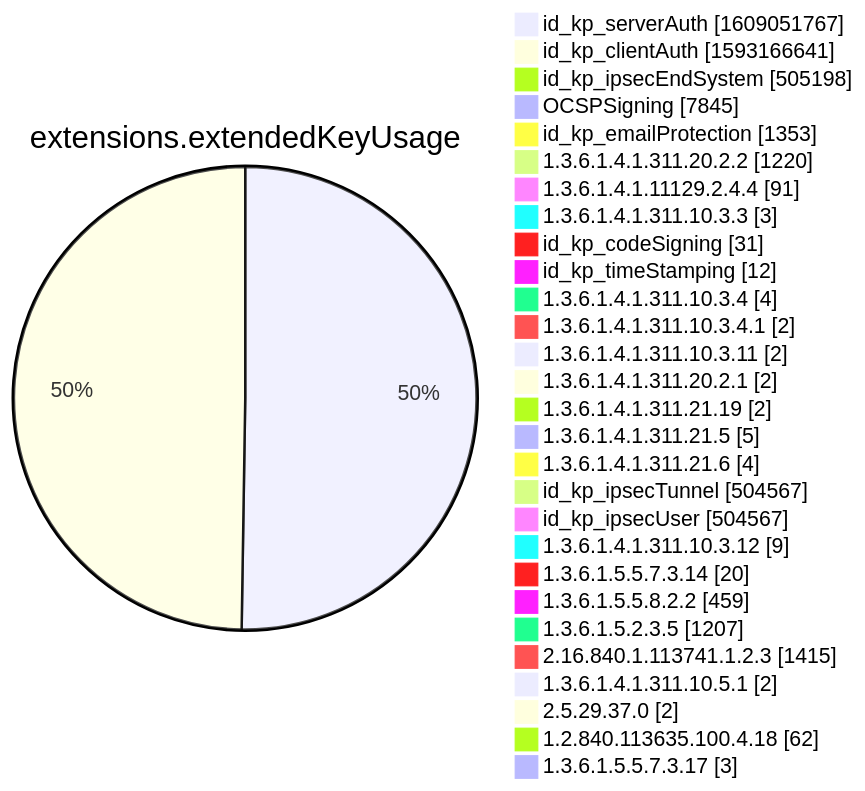
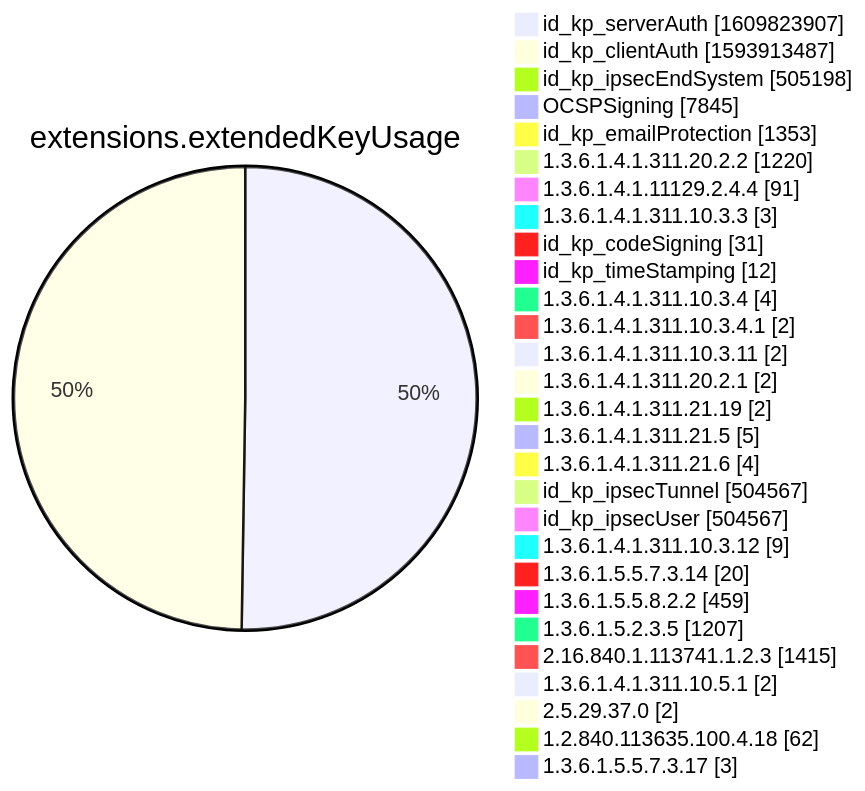
Before and after one commit to christiankrug/ctmonitor_visualization: diagram 12 of 15 in xenon2022/README.md, drawn with Mermaid. The commit also changed other lines of this file, not shown here.

````diff
--- a/xenon2022/README.md
+++ b/xenon2022/README.md
@@ -3885,32 +3885,32 @@
 ```mermaid
 pie showData
 title extensions.extendedKeyUsage
-"id_kp_serverAuth" :1609051767
-"id_kp_clientAuth" :1593166641
+"id_kp_serverAuth" :1609823907
+"id_kp_clientAuth" :1593913487
 "id_kp_ipsecEndSystem" :505198
 "OCSPSigning" :7845
 "id_kp_emailProtection" :1353
 "1.3.6.1.4.1.311.20.2.2" :1220
 "1.3.6.1.4.1.11129.2.4.4" :91
 "1.3.6.1.4.1.311.10.3.3" :3
 "id_kp_codeSigning" :31
 "id_kp_timeStamping" :12
 "1.3.6.1.4.1.311.10.3.4" :4
 "1.3.6.1.4.1.311.10.3.4.1" :2
 "1.3.6.1.4.1.311.10.3.11" :2
 "1.3.6.1.4.1.311.20.2.1" :2
 "1.3.6.1.4.1.311.21.19" :2
 "1.3.6.1.4.1.311.21.5" :5
 "1.3.6.1.4.1.311.21.6" :4
 "id_kp_ipsecTunnel" :504567
 "id_kp_ipsecUser" :504567
 "1.3.6.1.4.1.311.10.3.12" :9
 "1.3.6.1.5.5.7.3.14" :20
 "1.3.6.1.5.5.8.2.2" :459
 "1.3.6.1.5.2.3.5" :1207
 "2.16.840.1.113741.1.2.3" :1415
 "1.3.6.1.4.1.311.10.5.1" :2
 "2.5.29.37.0" :2
 "1.2.840.113635.100.4.18" :62
 "1.3.6.1.5.5.7.3.17" :3
 ```
````
